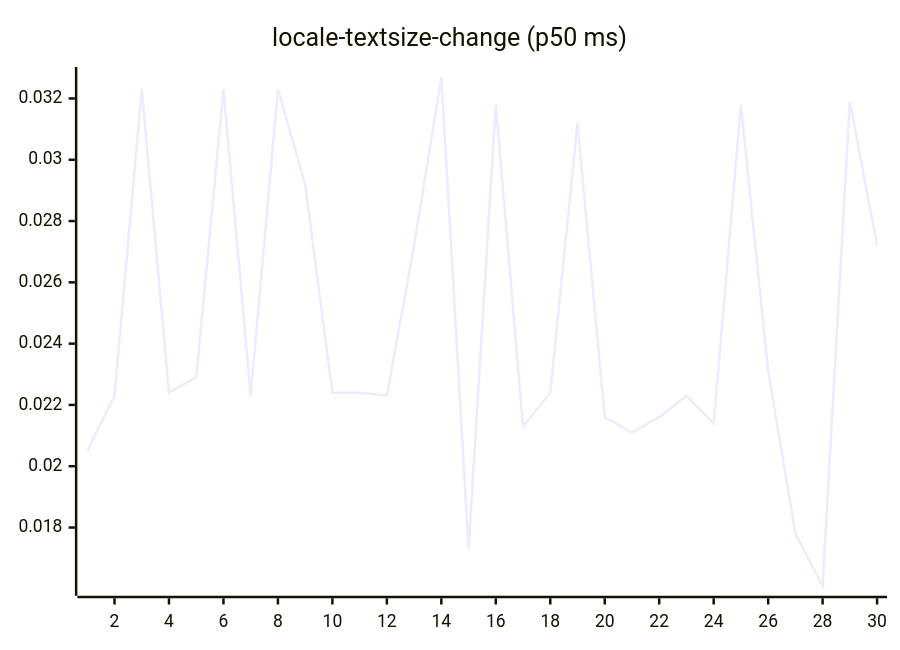
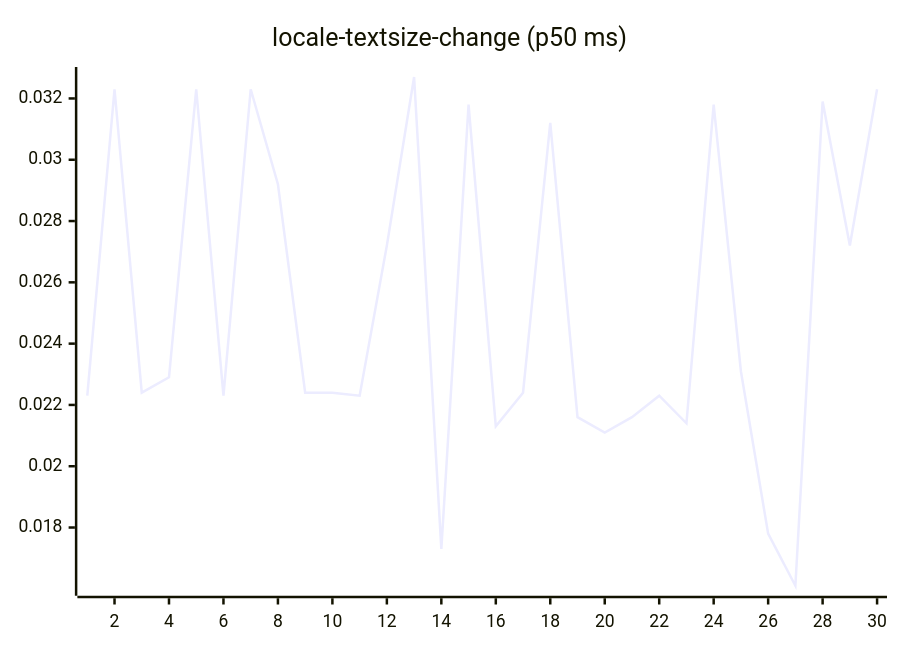
Diagram 13 of 27 in README.md (josha/Facet), drawn with Mermaid before and after one commit. The commit also changed other lines of this file and 2 other files, not shown here.

````diff
--- a/README.md
+++ b/README.md
@@ -147,6 +147,6 @@
 ```mermaid
 xychart-beta
     title "locale-textsize-change (p50 ms)"
     x-axis 1 --> 30
-    line [0.0205, 0.0223, 0.0323, 0.0224, 0.0229, 0.0323, 0.0223, 0.0323, 0.0292, 0.0224, 0.0224, 0.0223, 0.0272, 0.0327, 0.0173, 0.0318, 0.0213, 0.0224, 0.0312, 0.0216, 0.0211, 0.0216, 0.0223, 0.0214, 0.0318, 0.0231, 0.0178, 0.0161, 0.0319, 0.0272]
+    line [0.0223, 0.0323, 0.0224, 0.0229, 0.0323, 0.0223, 0.0323, 0.0292, 0.0224, 0.0224, 0.0223, 0.0272, 0.0327, 0.0173, 0.0318, 0.0213, 0.0224, 0.0312, 0.0216, 0.0211, 0.0216, 0.0223, 0.0214, 0.0318, 0.0231, 0.0178, 0.0161, 0.0319, 0.0272, 0.0323]
 ```
````
